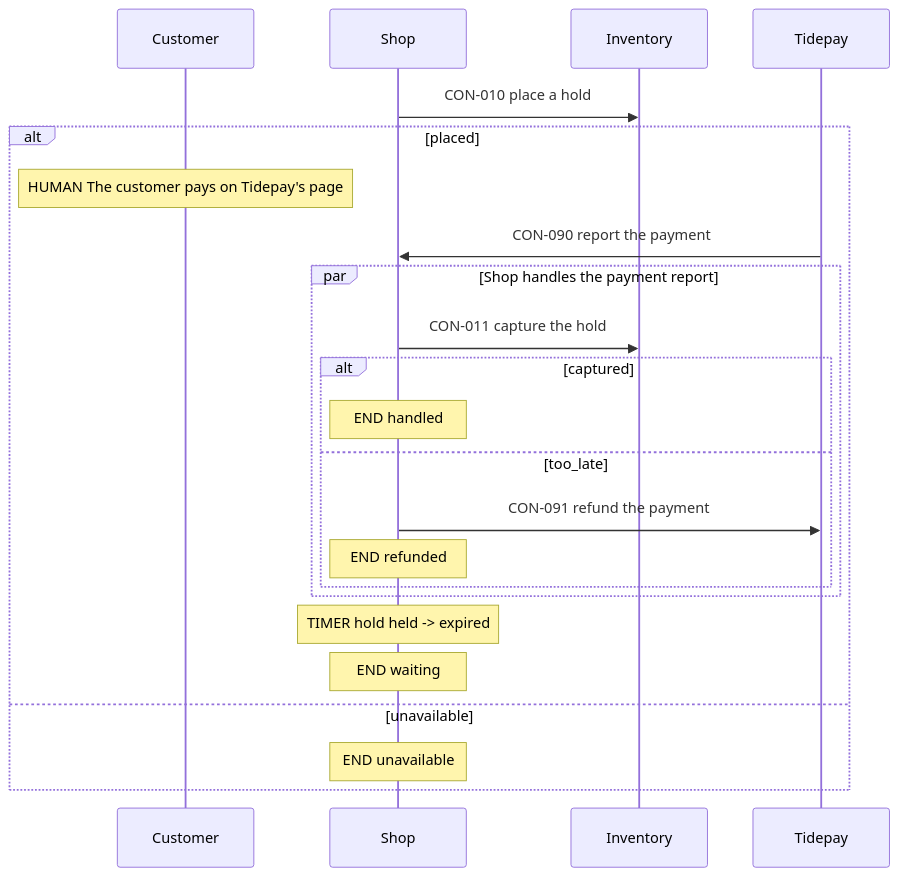
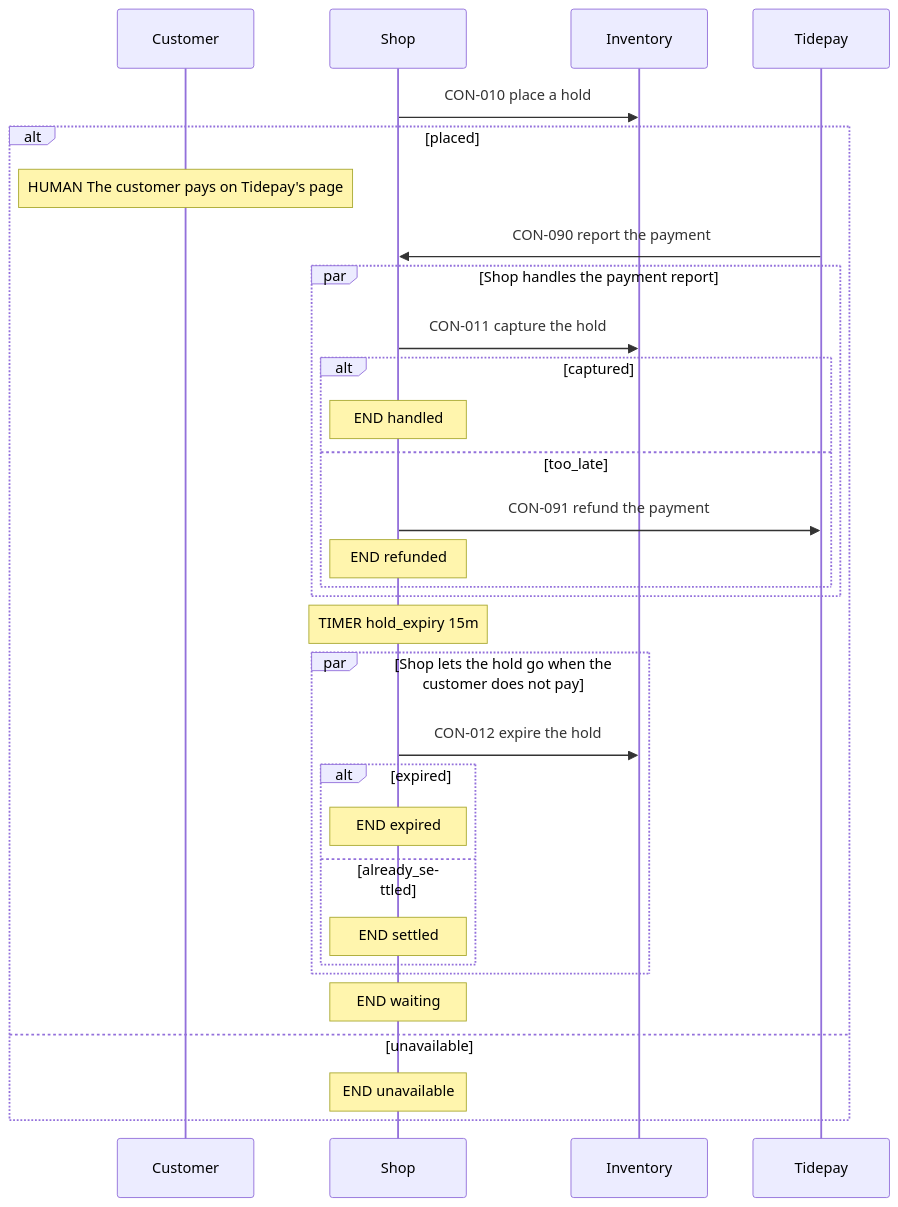
One commit to smalls257/vela changed the diagram in tests/fixtures/flowcheck/18-webhook-with-timer/06-runtime/flows/FLO-018-18-webhook-with-timer.md. Above: the diagram before and after it, drawn with Mermaid. The commit also changed 78 other files, not shown here.

````diff
--- a/tests/fixtures/flowcheck/18-webhook-with-timer/06-runtime/flows/FLO-018-18-webhook-with-timer.md
+++ b/tests/fixtures/flowcheck/18-webhook-with-timer/06-runtime/flows/FLO-018-18-webhook-with-timer.md
@@ -10,25 +10,33 @@
 ```mermaid
 sequenceDiagram
 participant W as Customer
 participant S as Shop
 participant I as Inventory
 participant T as Tidepay
 S->>I: CON-010 place a hold
 alt placed
     Note over W: HUMAN The customer pays on Tidepay's page
     T->>S: CON-090 report the payment
     par Shop handles the payment report
         S->>I: CON-011 capture the hold
         alt captured
             Note over S: END handled
         else too_late
             S->>T: CON-091 refund the payment
             Note over S: END refunded
         end
     end
-    Note over S: TIMER hold held -> expired
+    Note over S: TIMER hold_expiry 15m
+    par Shop lets the hold go when the customer does not pay
+        S->>I: CON-012 expire the hold
+        alt expired
+            Note over S: END expired
+        else already_settled
+            Note over S: END settled
+        end
+    end
     Note over S: END waiting
 else unavailable
     Note over S: END unavailable
 end
 ```
````
